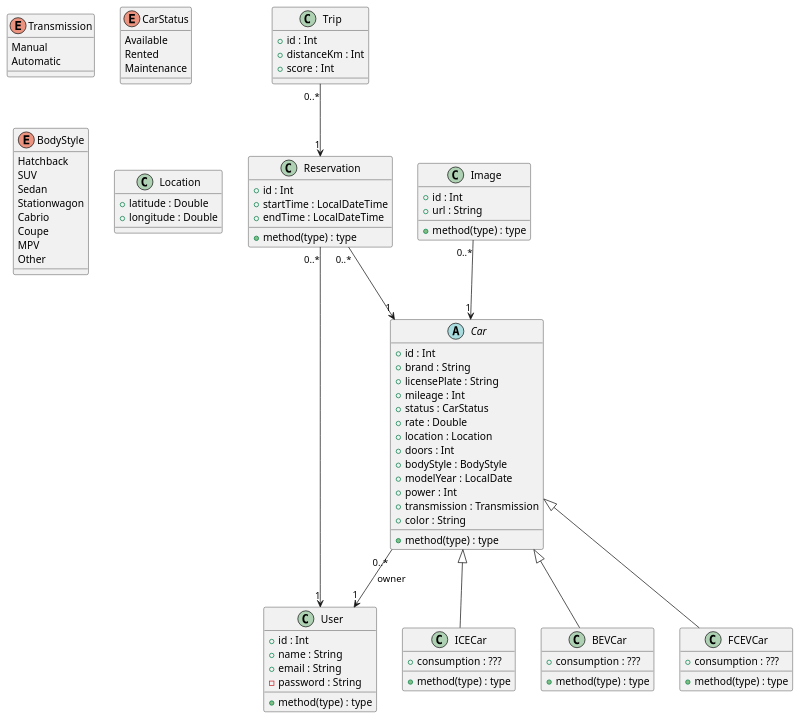
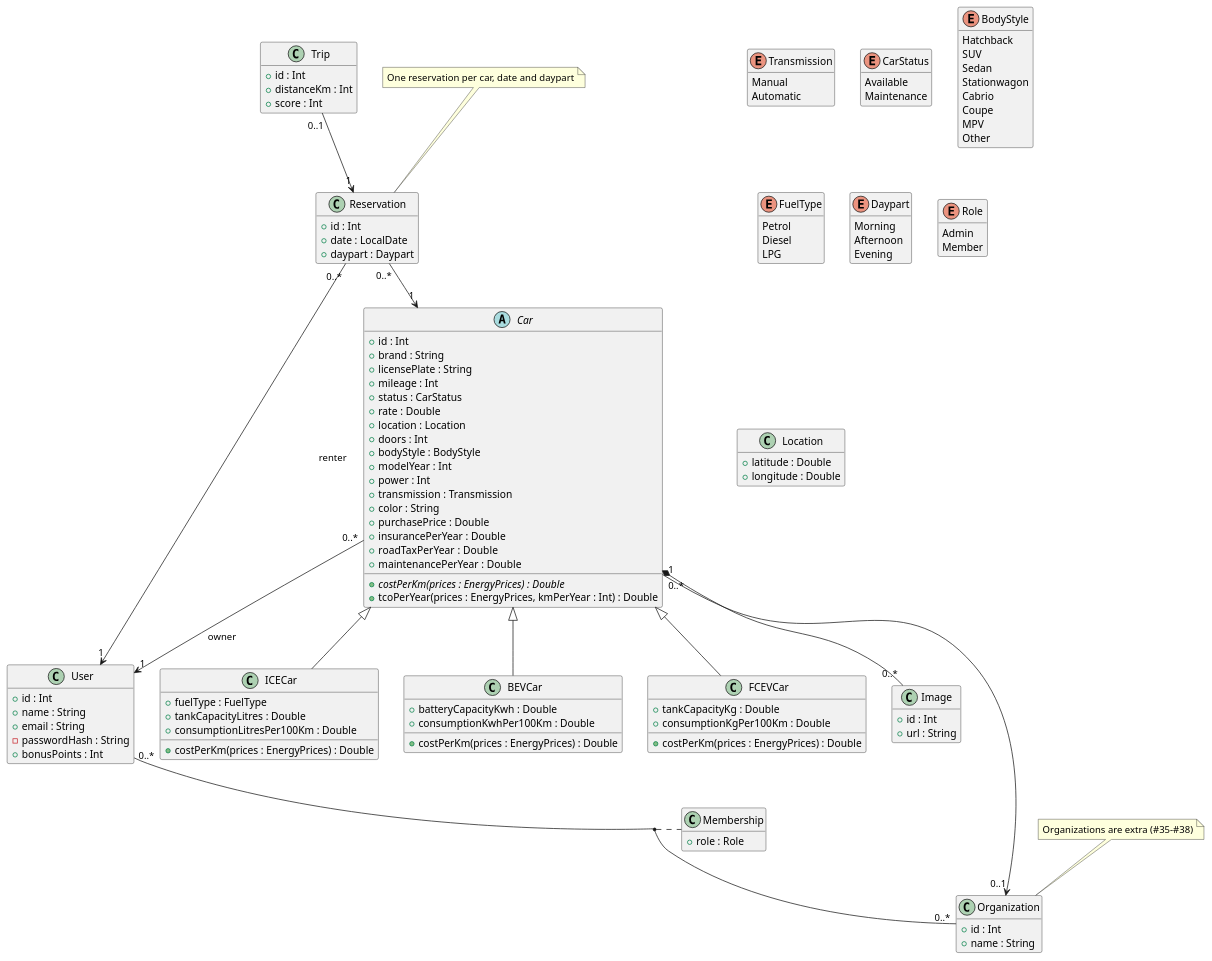
The diagram in docs/diagrams/domain-model.puml (Rent-a-car-38291/rent-a-car), drawn with PlantUML before and after one commit.

Commit message:
Update the domain model to the agreed backlog

```diff
--- a/docs/diagrams/domain-model.puml
+++ b/docs/diagrams/domain-model.puml
@@ -1,99 +1,143 @@
 @startuml RentACar
+' Analysis view: the domain as agreed in the backlog, including parts that aren't built yet.
+' For what the code looks like today, see class-diagram.puml.
+hide empty members
 
 enum Transmission {
   Manual
   Automatic
 }
 
+' Rented is gone: whether a car is rented depends on the daypart (#16).
 enum CarStatus {
   Available
-  Rented
   Maintenance
 }
 
 enum BodyStyle {
   Hatchback
   SUV
   Sedan
   Stationwagon
   Cabrio
   Coupe
   MPV
   Other
 }
 
+enum FuelType {
+  Petrol
+  Diesel
+  LPG
+}
+
+enum Daypart {
+  Morning
+  Afternoon
+  Evening
+}
+
+enum Role {
+  Admin
+  Member
+}
+
 class Location {
   + latitude : Double
   + longitude : Double
-}
-
-class Trip {
-  + id : Int
-  + distanceKm : Int
-  + score : Int
 }
 
 class User {
   + id : Int
   + name : String
   + email : String
-  - password : String
-  + method(type) : type
-}
-
-class Image {
-  + id : Int
-  + url : String
-  + method(type) : type
-}
-
-class Reservation {
-  + id : Int
-  + startTime : LocalDateTime
-  + endTime : LocalDateTime
-  + method(type) : type
+  - passwordHash : String
+  + bonusPoints : Int
 }
 
 abstract class Car {
   + id : Int
   + brand : String
   + licensePlate : String
   + mileage : Int
   + status : CarStatus
   + rate : Double
   + location : Location
   + doors : Int
   + bodyStyle : BodyStyle
-  + modelYear : LocalDate
+  + modelYear : Int
   + power : Int
   + transmission : Transmission
   + color : String
-  + method(type) : type
+  + purchasePrice : Double
+  + insurancePerYear : Double
+  + roadTaxPerYear : Double
+  + maintenancePerYear : Double
+  + {abstract} costPerKm(prices : EnergyPrices) : Double
+  + tcoPerYear(prices : EnergyPrices, kmPerYear : Int) : Double
 }
 
 class ICECar {
-  + consumption : ???
-  + method(type) : type
+  + fuelType : FuelType
+  + tankCapacityLitres : Double
+  + consumptionLitresPer100Km : Double
+  + costPerKm(prices : EnergyPrices) : Double
 }
 
 class BEVCar {
-  + consumption : ???
-  + method(type) : type
+  + batteryCapacityKwh : Double
+  + consumptionKwhPer100Km : Double
+  + costPerKm(prices : EnergyPrices) : Double
 }
 
 class FCEVCar {
-  + consumption : ???
-  + method(type) : type
+  + tankCapacityKg : Double
+  + consumptionKgPer100Km : Double
+  + costPerKm(prices : EnergyPrices) : Double
 }
 
-Trip "0..*" --> "1" Reservation
-Reservation "0..*" --> "1" User
-Reservation "0..*" --> "1" Car
-Car "0..*" --> "1" User : owner
-Image "0..*" --> "1" Car
+class Image {
+  + id : Int
+  + url : String
+}
+
+class Reservation {
+  + id : Int
+  + date : LocalDate
+  + daypart : Daypart
+}
+
+class Trip {
+  + id : Int
+  + distanceKm : Int
+  + score : Int
+}
+
+class Organization {
+  + id : Int
+  + name : String
+}
+
+class Membership {
+  + role : Role
+}
 
 Car <|-- ICECar
 Car <|-- BEVCar
 Car <|-- FCEVCar
 
+Car "0..*" --> "1" User : owner
+Car "0..*" --> "0..1" Organization
+Car "1" *-- "0..*" Image
+Reservation "0..*" --> "1" Car
+Reservation "0..*" --> "1" User : renter
+Trip "0..1" --> "1" Reservation
+User "0..*" -- "0..*" Organization
+(User, Organization) .. Membership
+
+note "One reservation per car, date and daypart" as N1
+N1 .. Reservation
+note "Organizations are extra (#35–#38)" as N2
+N2 .. Organization
+
 @enduml
```
